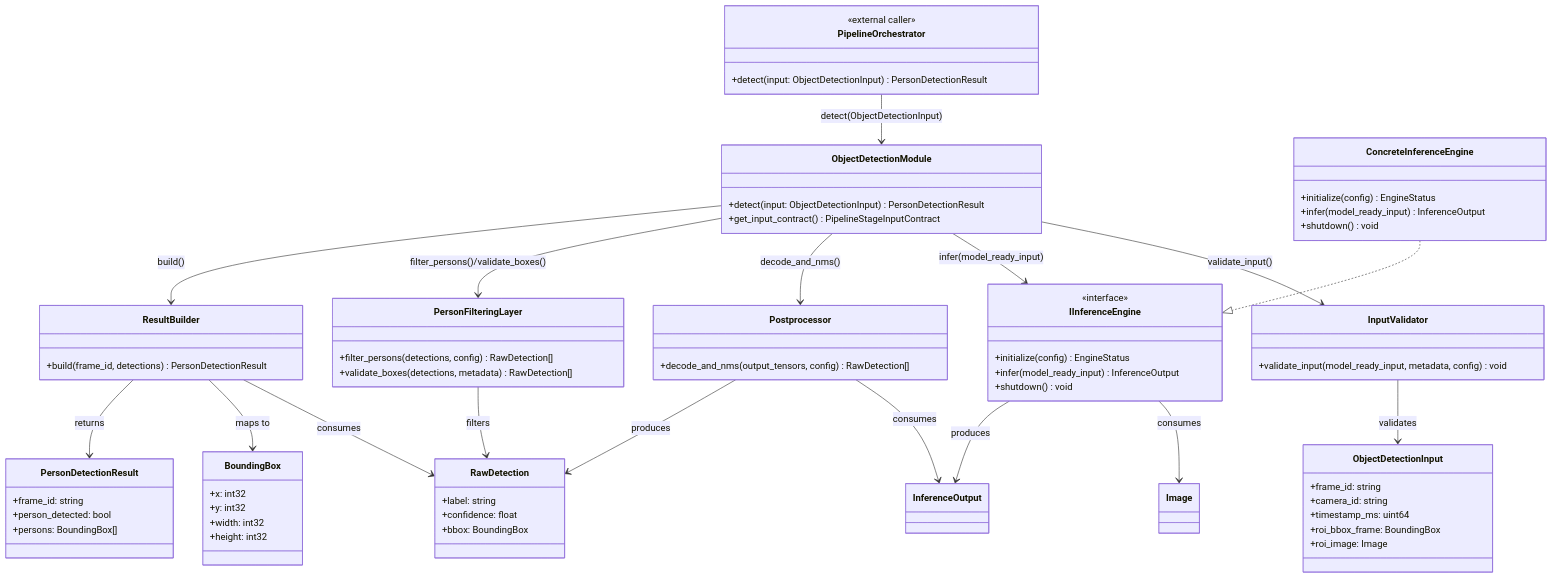
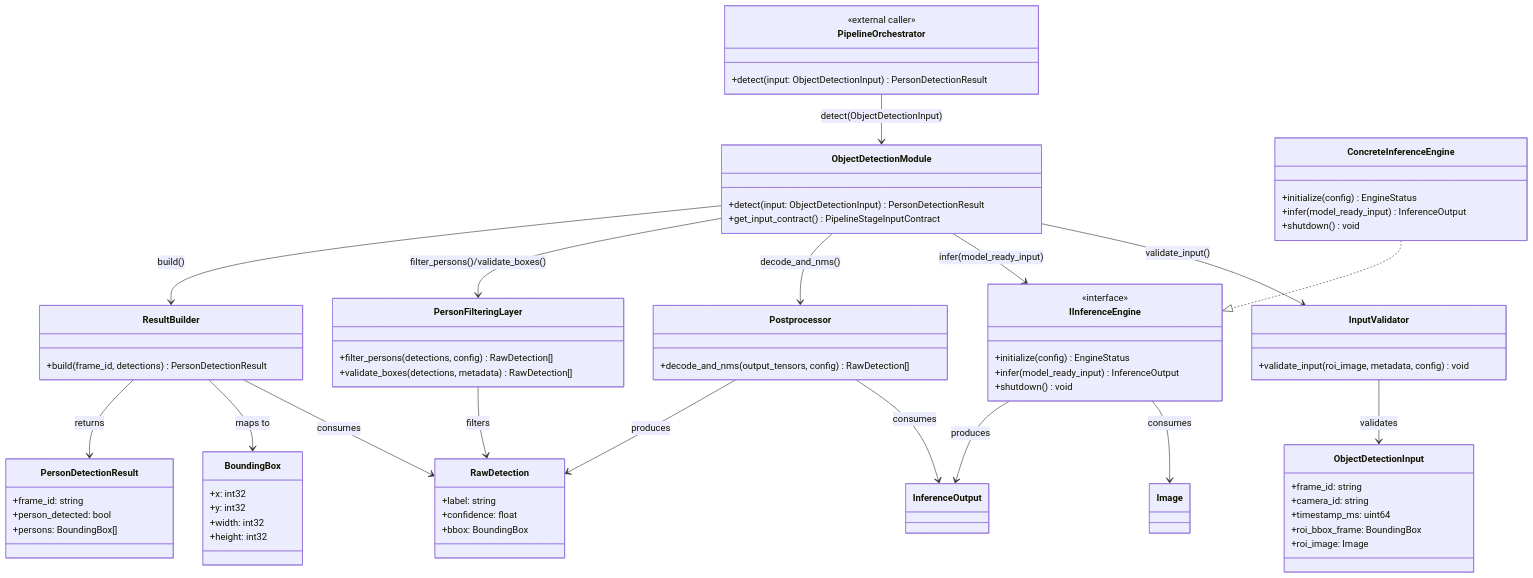
The second of 4 diagrams in doc/image_processing_service/object_detection.md (talifruman/camera-recognition), drawn with Mermaid before and after one commit. The commit also changed other lines of this file and 203 other files, not shown here.

```diff
--- a/doc/image_processing_service/object_detection.md
+++ b/doc/image_processing_service/object_detection.md
@@ -268,7 +268,7 @@
     }
 
     class InputValidator {
-        +validate_input(model_ready_input, metadata, config) void
+        +validate_input(roi_image, metadata, config) void
     }
 
     class IInferenceEngine {
```
